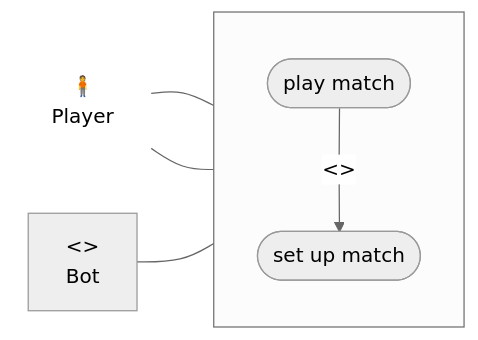
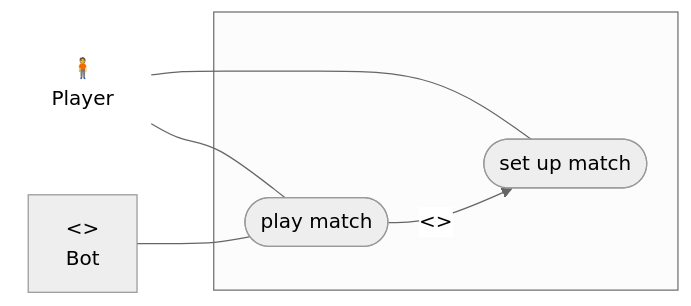
Before and after one commit to thijzert/chesseract: the diagram in doc/usecases.mermaid, drawn with Mermaid (neutral theme). The commit also changed 2 other files, not shown here.

Commit message:
Tweak graphs: remove features added in mermaid 8.11 while we're compiling on 8.9

```diff
--- a/doc/usecases.mermaid
+++ b/doc/usecases.mermaid
@@ -1,20 +1,20 @@
 flowchart LR
 
 	Player["🧍<br/>Player"]:::umlActor
 	Player --- play_game
 	Player --- use_lobby
 
 	subgraph usecases [ ]
-		direction TB
+		%% direction TB
 
 		play_game([play match])
 		use_lobby([set up match])
 
 		play_game -- "<<include>>" --> use_lobby
 	end
 
 	Bot["<<actor>><br/>Bot"]
 	Bot --- play_game
 
 
 	classDef umlActor fill:none,stroke:none;
```
